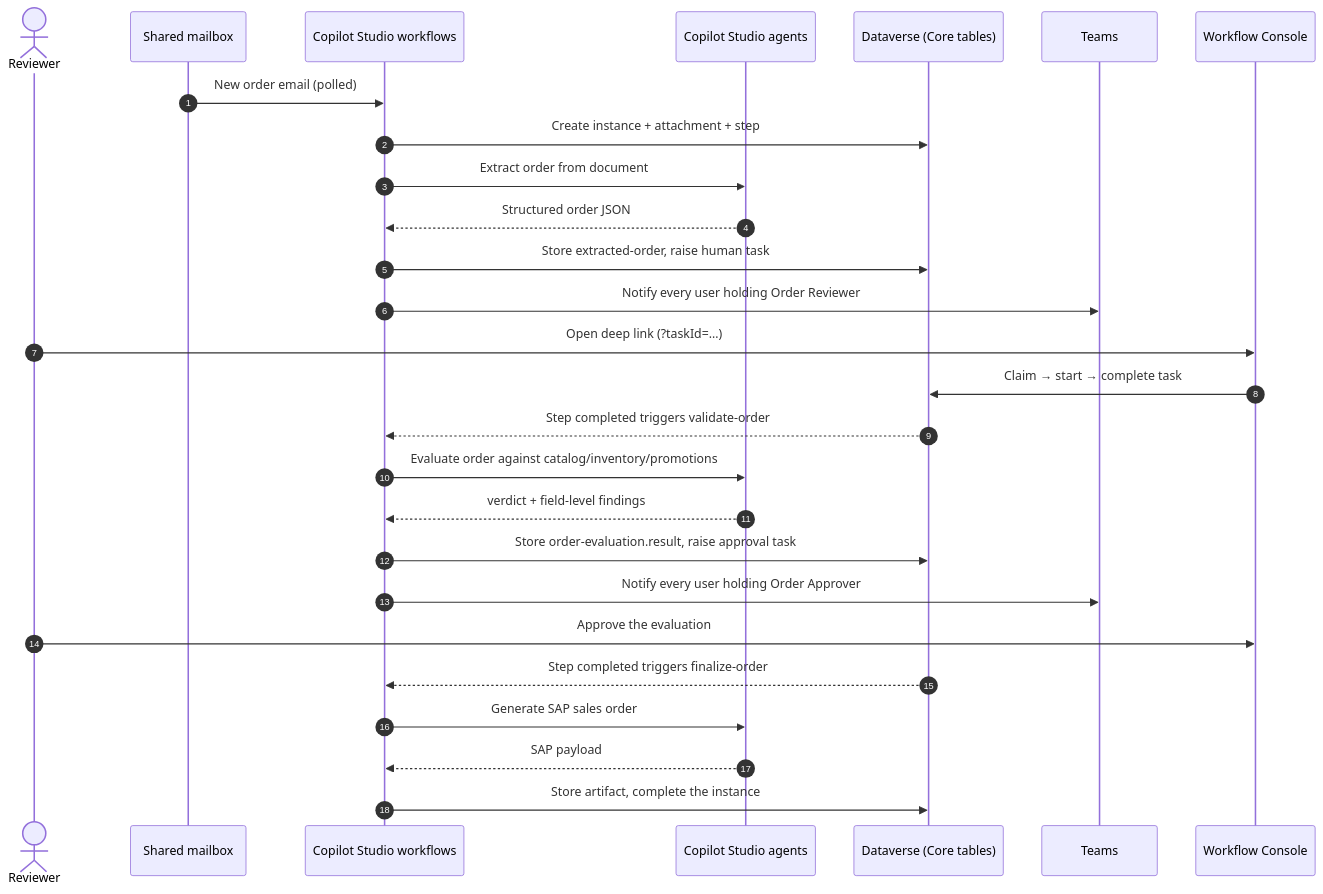
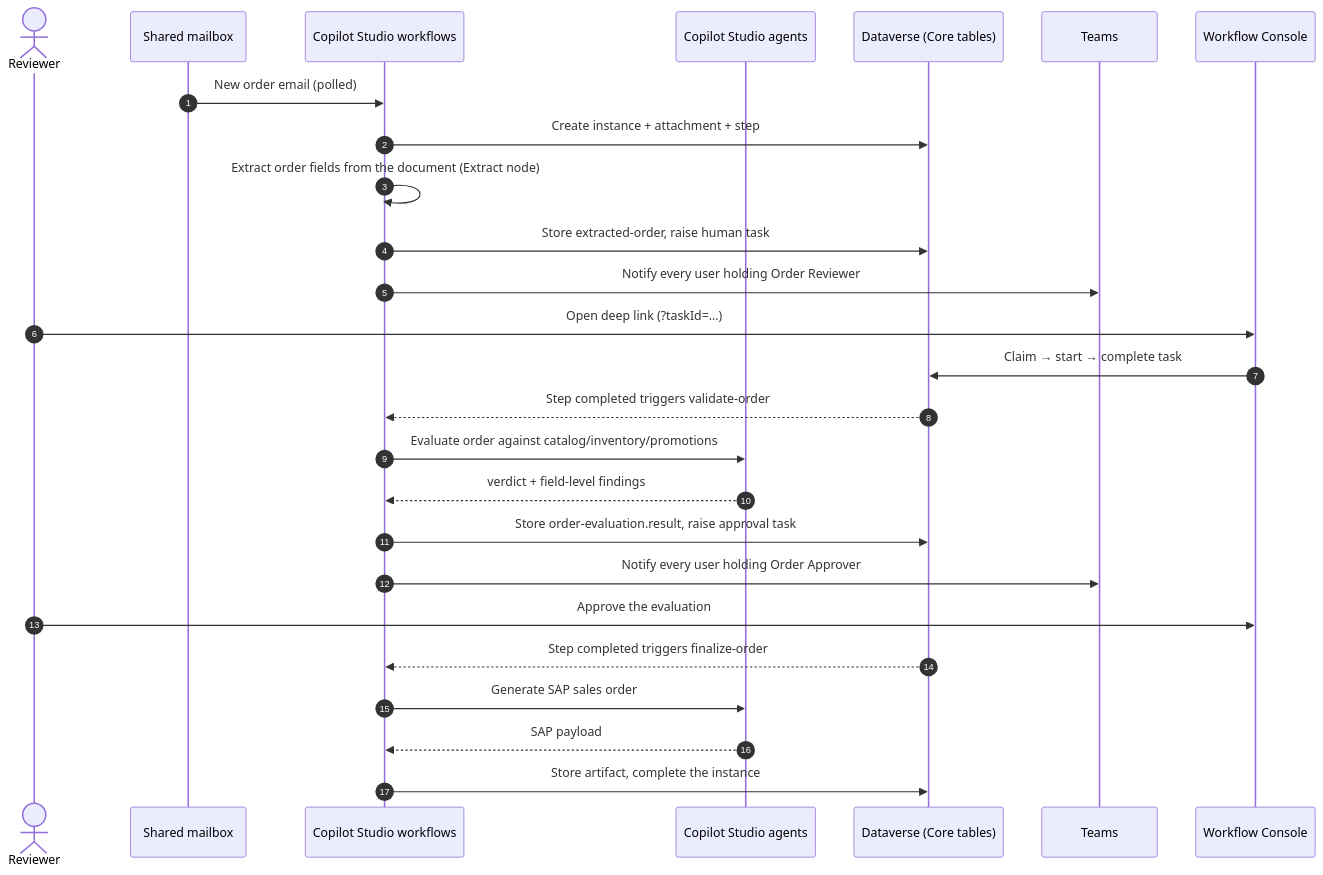
Before and after one commit to microsoft/copilot-agentic-business-process: the diagram in business-processes/order-processing/README.md, drawn with Mermaid. The commit also changed other lines of this file and 74 other files, not shown here.

````diff
--- a/business-processes/order-processing/README.md
+++ b/business-processes/order-processing/README.md
@@ -67,30 +67,29 @@
 ```mermaid
 sequenceDiagram
     autonumber
     actor Reviewer
     participant Mailbox as Shared mailbox
     participant Flows as Copilot Studio workflows
     participant Agents as Copilot Studio agents
     participant DV as Dataverse (Core tables)
     participant Teams
     participant Console as Workflow Console
 
     Mailbox->>Flows: New order email (polled)
     Flows->>DV: Create instance + attachment + step
-    Flows->>Agents: Extract order from document
-    Agents-->>Flows: Structured order JSON
+    Flows->>Flows: Extract order fields from the document (Extract node)
     Flows->>DV: Store extracted-order, raise human task
     Flows->>Teams: Notify every user holding Order Reviewer
     Reviewer->>Console: Open deep link (?taskId=…)
     Console->>DV: Claim → start → complete task
     DV-->>Flows: Step completed triggers validate-order
     Flows->>Agents: Evaluate order against catalog/inventory/promotions
     Agents-->>Flows: verdict + field-level findings
     Flows->>DV: Store order-evaluation.result, raise approval task
     Flows->>Teams: Notify every user holding Order Approver
     Reviewer->>Console: Approve the evaluation
     DV-->>Flows: Step completed triggers finalize-order
     Flows->>Agents: Generate SAP sales order
     Agents-->>Flows: SAP payload
     Flows->>DV: Store artifact, complete the instance
 ```
````
